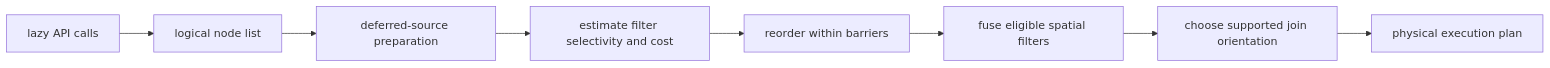
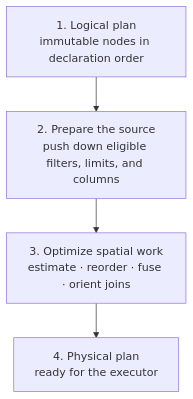
One commit to pranav-walimbe/PyCanopy changed the first of 4 diagrams in docs/how-it-works/query-planner.md. Above: the diagram before and after it, drawn with Mermaid. The commit also changed 3 other files, not shown here.

````diff
--- a/docs/how-it-works/query-planner.md
+++ b/docs/how-it-works/query-planner.md
@@ -6,10 +6,8 @@
 ```mermaid
-flowchart LR
-    API["lazy API calls"] --> RAW["logical node list"]
-    RAW --> SRC["deferred-source preparation"]
-    SRC --> SEL["estimate filter selectivity and cost"]
-    SEL --> SORT["reorder within barriers"]
-    SORT --> FUSE["fuse eligible spatial filters"]
-    FUSE --> JOIN["choose supported join orientation"]
-    JOIN --> PHY["physical execution plan"]
+flowchart TB
+    RAW["1. Logical plan<br/>immutable nodes in declaration order"]
+    SRC["2. Prepare the source<br/>push down eligible filters, limits, and columns"]
+    OPT["3. Optimize spatial work<br/>estimate · reorder · fuse · orient joins"]
+    PHY["4. Physical plan<br/>ready for the executor"]
+    RAW --> SRC --> OPT --> PHY
 ```
````
